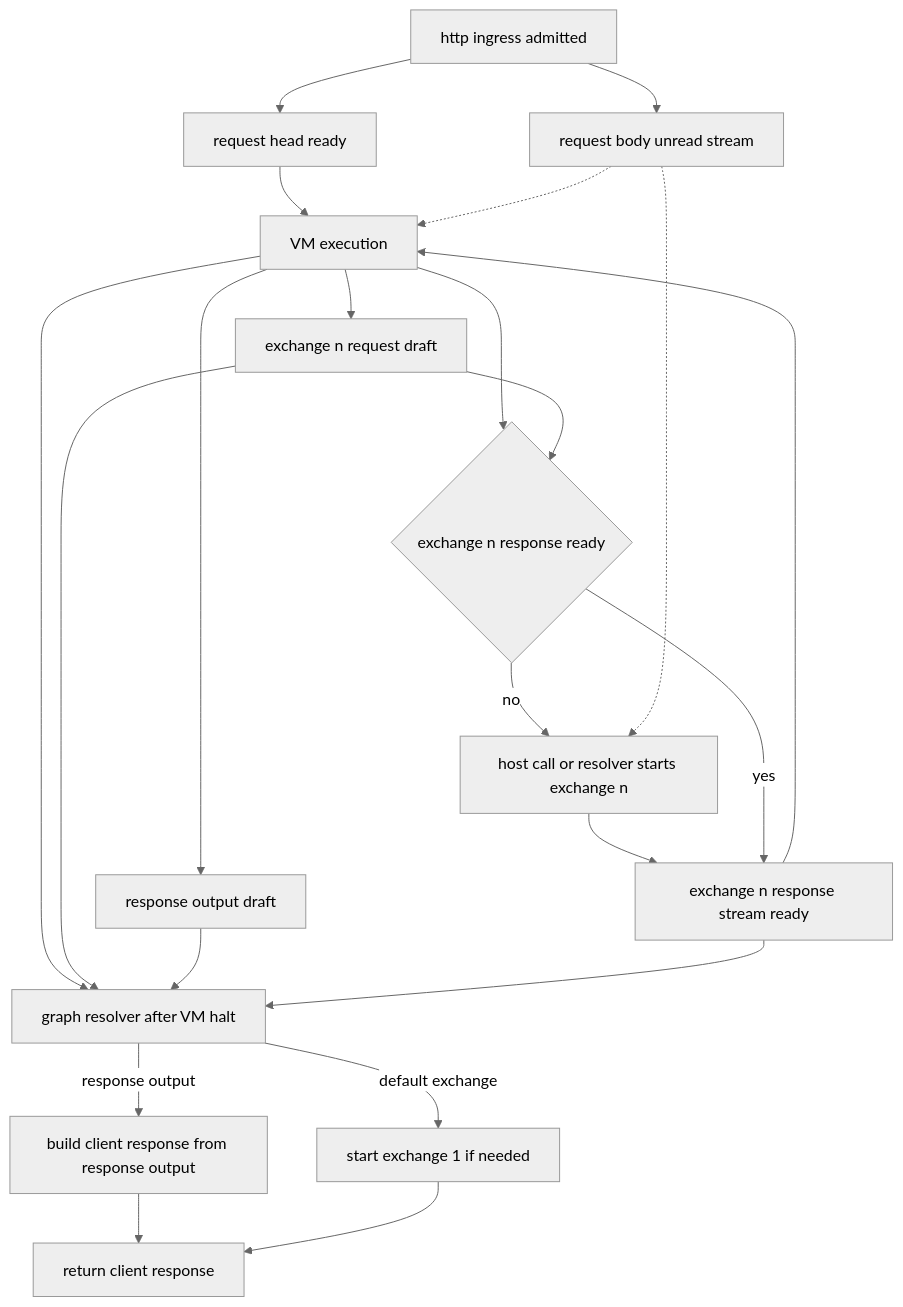
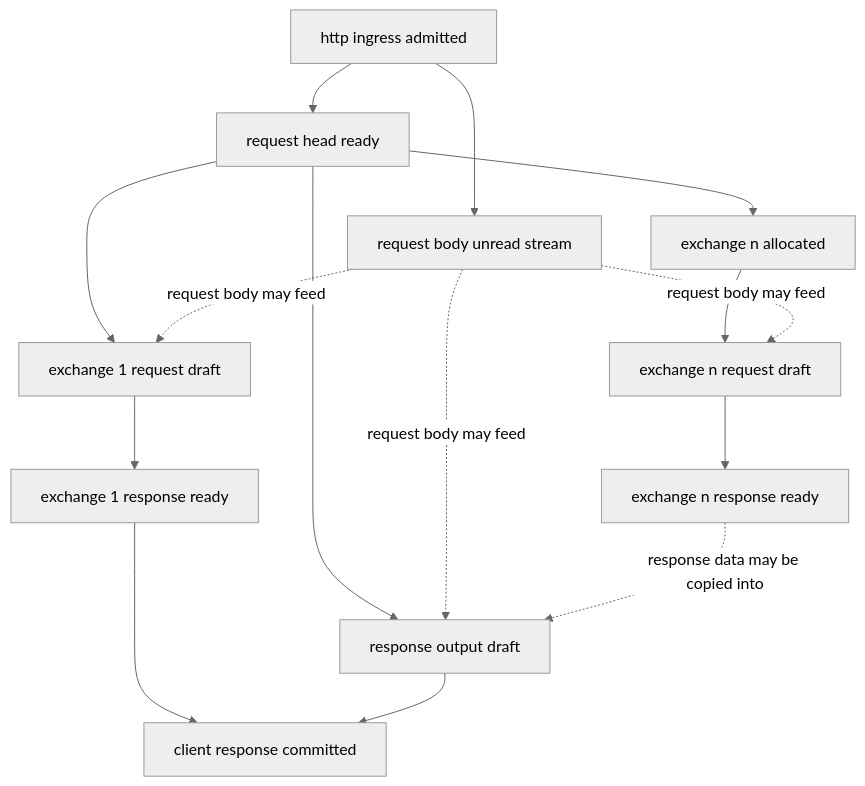
The fourth of 7 diagrams in pd-edge/README.md (rustscript-lang/rustscript), drawn with Mermaid (neutral theme) before and after one commit. The commit also changed other lines of this file and 24 other files, not shown here.

````diff
--- a/pd-edge/README.md
+++ b/pd-edge/README.md
@@ -563,24 +574,17 @@
 ```mermaid
 flowchart TD
     A["http ingress admitted"] --> B["request head ready"]
     A --> C["request body unread stream"]
-    B --> D["VM execution"]
-    C -.-> D
-    D --> E["exchange n request draft"]
-    D --> F["response output draft"]
-    D --> G{"exchange n response ready"}
-    E --> G
-    G -->|no| H["host call or resolver starts exchange n"]
-    C -.-> H
-    H --> I["exchange n response stream ready"]
-    G -->|yes| I
-    I --> D
-    D --> J["graph resolver after VM halt"]
-    E --> J
-    F --> J
-    I --> J
-    J -->|response output| K["build client response from response output"]
-    J -->|default exchange| L["start exchange 1 if needed"]
-    K --> M["return client response"]
-    L --> M
+    B --> D["exchange 1 request draft"]
+    B --> E["exchange n allocated"]
+    E --> F["exchange n request draft"]
+    B --> G["response output draft"]
+    C -. request body may feed .-> D
+    C -. request body may feed .-> F
+    C -. request body may feed .-> G
+    D --> H["exchange 1 response ready"]
+    F --> I["exchange n response ready"]
+    H --> J["client response committed"]
+    G --> J
+    I -. response data may be copied into .-> G
 ```
````
